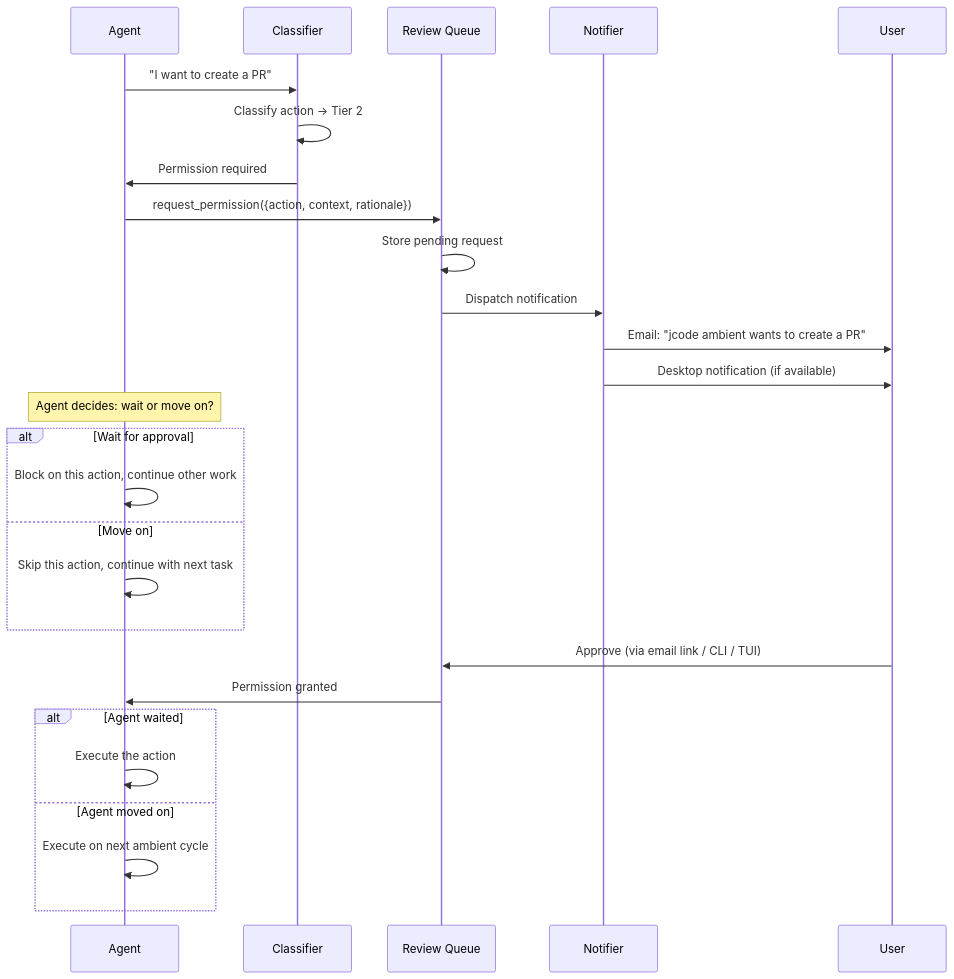
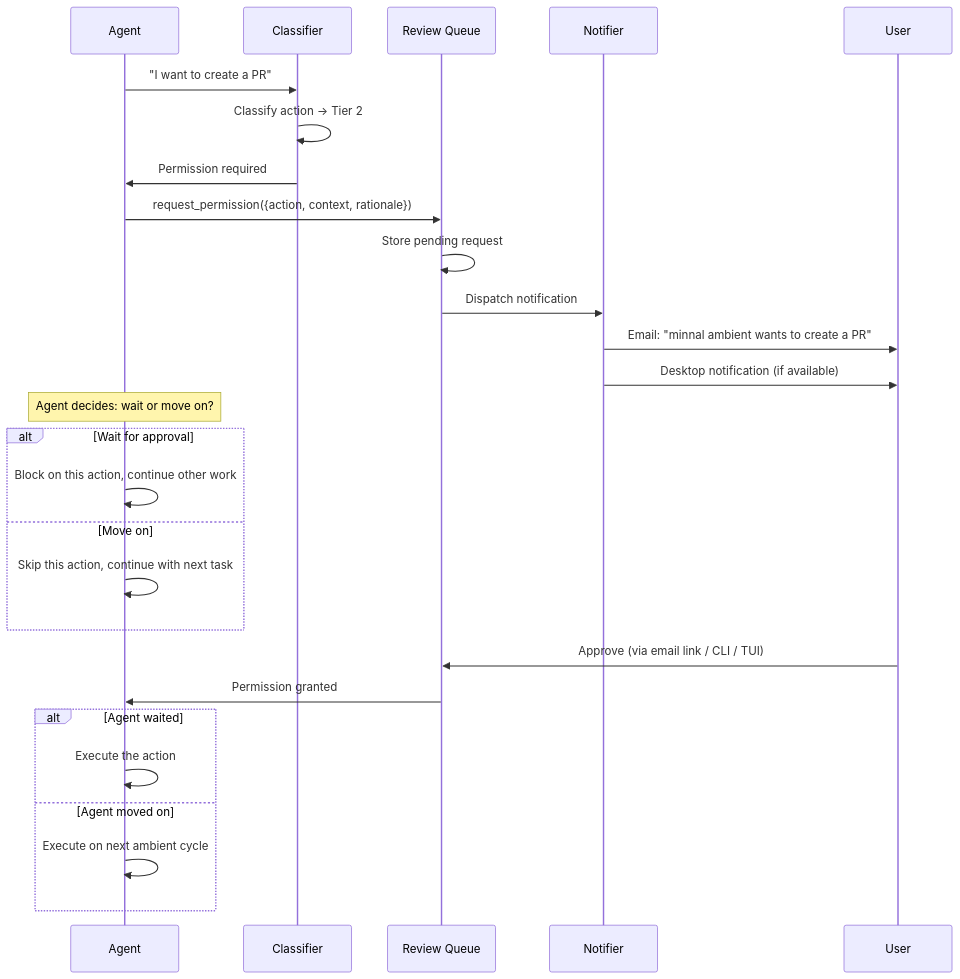
Before and after one commit to iamrohithrnair/minnal: the second of 3 diagrams in docs/SAFETY_SYSTEM.md, drawn with Mermaid. The commit also changed other lines of this file and 918 other files, not shown here.

````diff
--- a/docs/SAFETY_SYSTEM.md
+++ b/docs/SAFETY_SYSTEM.md
@@ -153,35 +153,35 @@
 ```mermaid
 sequenceDiagram
     participant AG as Agent
     participant CL as Classifier
     participant RQ as Review Queue
     participant NF as Notifier
     participant US as User
 
     AG->>CL: "I want to create a PR"
     CL->>CL: Classify action → Tier 2
     CL->>AG: Permission required
 
     AG->>RQ: request_permission({action, context, rationale})
     RQ->>RQ: Store pending request
     RQ->>NF: Dispatch notification
 
-    NF->>US: Email: "jcode ambient wants to create a PR"
+    NF->>US: Email: "minnal ambient wants to create a PR"
     NF->>US: Desktop notification (if available)
 
     Note over AG: Agent decides: wait or move on?
     alt Wait for approval
         AG->>AG: Block on this action, continue other work
     else Move on
         AG->>AG: Skip this action, continue with next task
     end
 
     US->>RQ: Approve (via email link / CLI / TUI)
     RQ->>AG: Permission granted
 
     alt Agent waited
         AG->>AG: Execute the action
     else Agent moved on
         AG->>AG: Execute on next ambient cycle
     end
 ```
````
